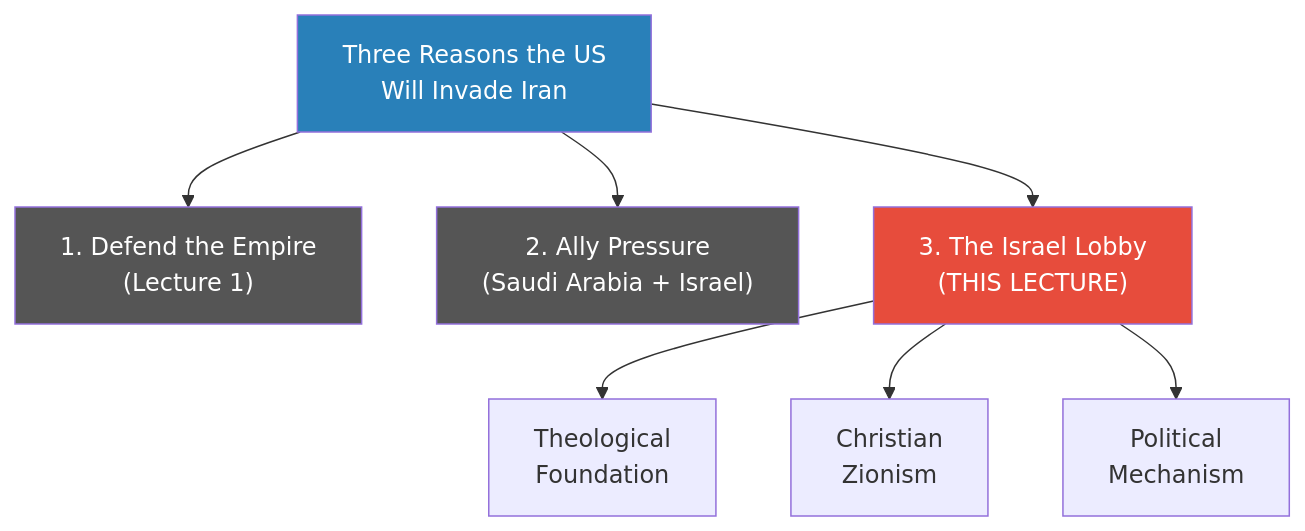
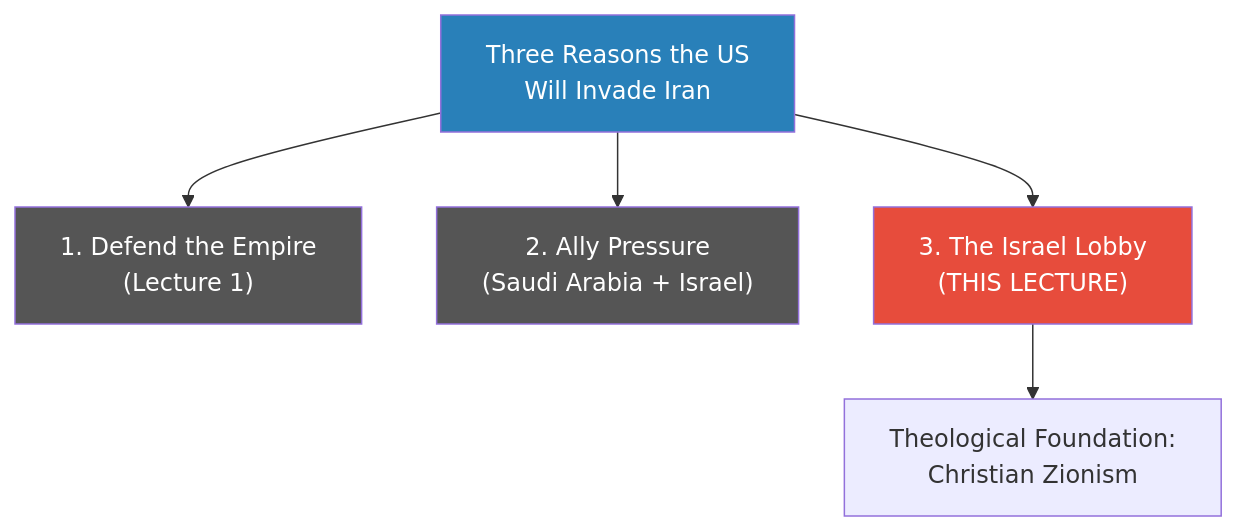
One commit to alius33/reader changed the first of 9 diagrams in summaries/Lectures/Geo-Strategy/02 - Christian Zionism and the Middle East Conflict.md. Above: the diagram before and after it, drawn with Mermaid. The commit also changed other lines of this file and 26 other files, not shown here.

````diff
--- a/summaries/Lectures/Geo-Strategy/02 - Christian Zionism and the Middle East Conflict.md
+++ b/summaries/Lectures/Geo-Strategy/02 - Christian Zionism and the Middle East Conflict.md
@@ -31,14 +56,12 @@
 ```mermaid
 flowchart TB
     A["Three Reasons the US<br/>Will Invade Iran"]
     A --> B["1. Defend the Empire<br/>(Lecture 1)"]
     A --> C["2. Ally Pressure<br/>(Saudi Arabia + Israel)"]
     A --> D["3. The Israel Lobby<br/>(THIS LECTURE)"]
-    D --> E["Theological<br/>Foundation"]
-    D --> F["Christian<br/>Zionism"]
-    D --> G["Political<br/>Mechanism"]
+    D --> E["Theological Foundation:<br/>Christian Zionism"]
     style A fill:#2980b9,color:#fff
     style D fill:#e74c3c,color:#fff
     style B fill:#555,color:#fff
     style C fill:#555,color:#fff
 ```
````
